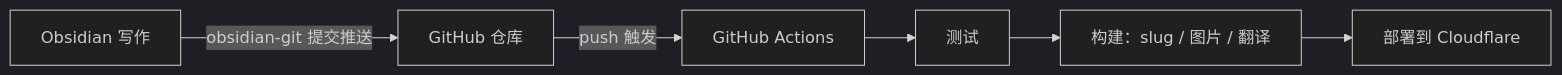
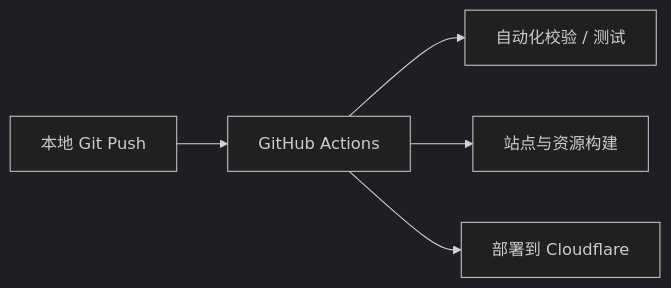
Before and after one commit to Edmounds/blog_web: the diagram in src/content/blog/使用GitHub Actions 实现博客自动化更新.md, drawn with Mermaid (dark theme). The commit also changed other lines of this file and 4 other files, not shown here.

````diff
--- a/src/content/blog/使用GitHub Actions 实现博客自动化更新.md
+++ b/src/content/blog/使用GitHub Actions 实现博客自动化更新.md
@@ -23,8 +15,7 @@
 ```mermaid
 flowchart LR
-  O[Obsidian 写作] -->|obsidian-git 提交推送| G[GitHub 仓库]
-  G -->|push 触发| A[GitHub Actions]
-  A --> T[测试]
-  T --> B[构建：slug / 图片 / 翻译]
-  B --> D[部署到 Cloudflare]
+  A[本地 Git Push] --> B[GitHub Actions]
+  B --> C[自动化校验 / 测试]
+  B --> D[站点与资源构建]
+  B --> E[部署到 Cloudflare]
 ```
````
